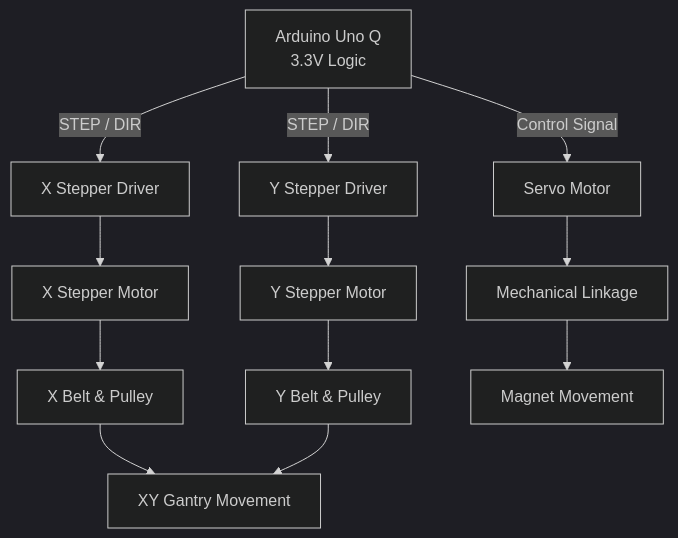
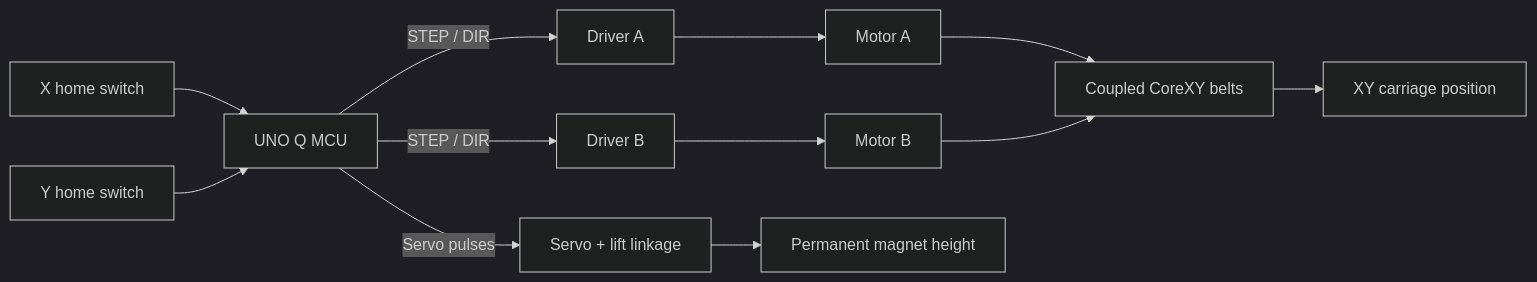
Before and after one commit to uscmakers/CP3AI: the diagram in BasicGantrySystem.md, drawn with Mermaid (dark theme). The commit also changed other lines of this file and 5 other files, not shown here.

````diff
--- a/BasicGantrySystem.md
+++ b/BasicGantrySystem.md
@@ -32,20 +12,14 @@
 ```mermaid
-flowchart TD
-    A["Arduino Uno Q<br/>3.3V Logic"]
-
-    A -->|STEP / DIR| B["X Stepper Driver"]
-    A -->|STEP / DIR| C["Y Stepper Driver"]
-    A -->|Control Signal| D["Servo Motor"]
-
-    B --> E["X Stepper Motor"]
-    C --> F["Y Stepper Motor"]
-
-    E --> G["X Belt & Pulley"]
-    F --> H["Y Belt & Pulley"]
-
-    G --> I["XY Gantry Movement"]
-    H --> I
-
-    D --> J["Mechanical Linkage"]
-    J --> K["Magnet Movement"]
+flowchart LR
+    Q["UNO Q MCU"] -->|"STEP / DIR"| DA["Driver A"]
+    Q -->|"STEP / DIR"| DB["Driver B"]
+    DA --> MA["Motor A"]
+    DB --> MB["Motor B"]
+    MA --> BELTS["Coupled CoreXY belts"]
+    MB --> BELTS
+    BELTS --> XY["XY carriage position"]
+    Q -->|"Servo pulses"| S["Servo + lift linkage"]
+    S --> M["Permanent magnet height"]
+    HX["X home switch"] --> Q
+    HY["Y home switch"] --> Q
 ```
````
